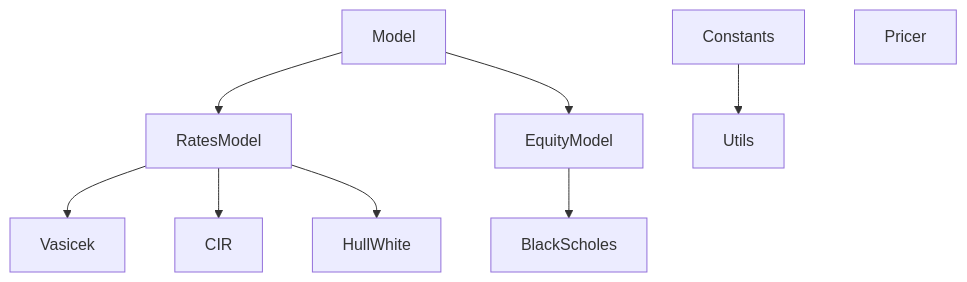
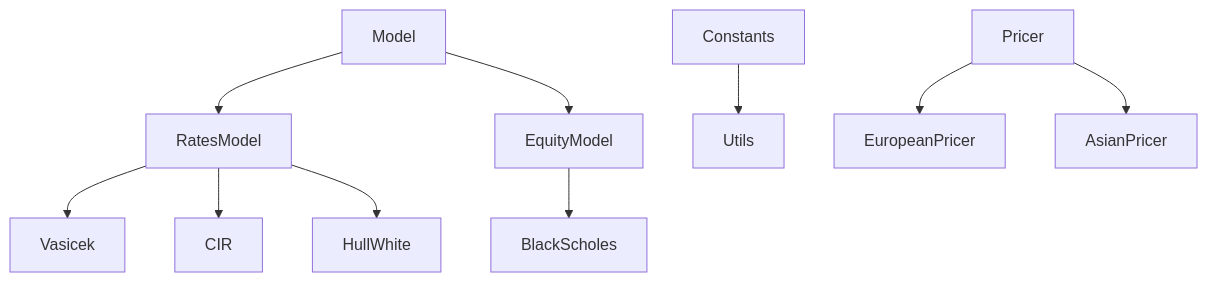
One commit to lcsrodriguez/CuttingEdge-Milliman changed the diagram in docs/architecture.md. Above: the diagram before and after it, drawn with Mermaid. The commit also changed 4 other files, not shown here.

Commit message:
Adding Asian and European pricers

````diff
--- a/docs/architecture.md
+++ b/docs/architecture.md
@@ -6,11 +6,12 @@
 ```mermaid
   graph TD;
       Model --> RatesModel
       Model --> EquityModel
       RatesModel --> Vasicek
       RatesModel --> CIR
       RatesModel --> HullWhite
       EquityModel --> BlackScholes
       Constants --> Utils
-      Pricer
+      Pricer --> EuropeanPricer
+      Pricer --> AsianPricer
 ```
````
